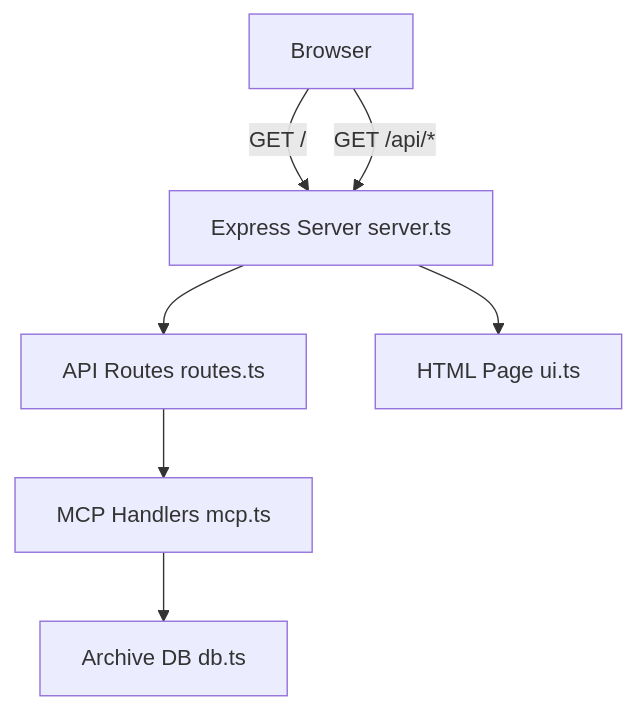
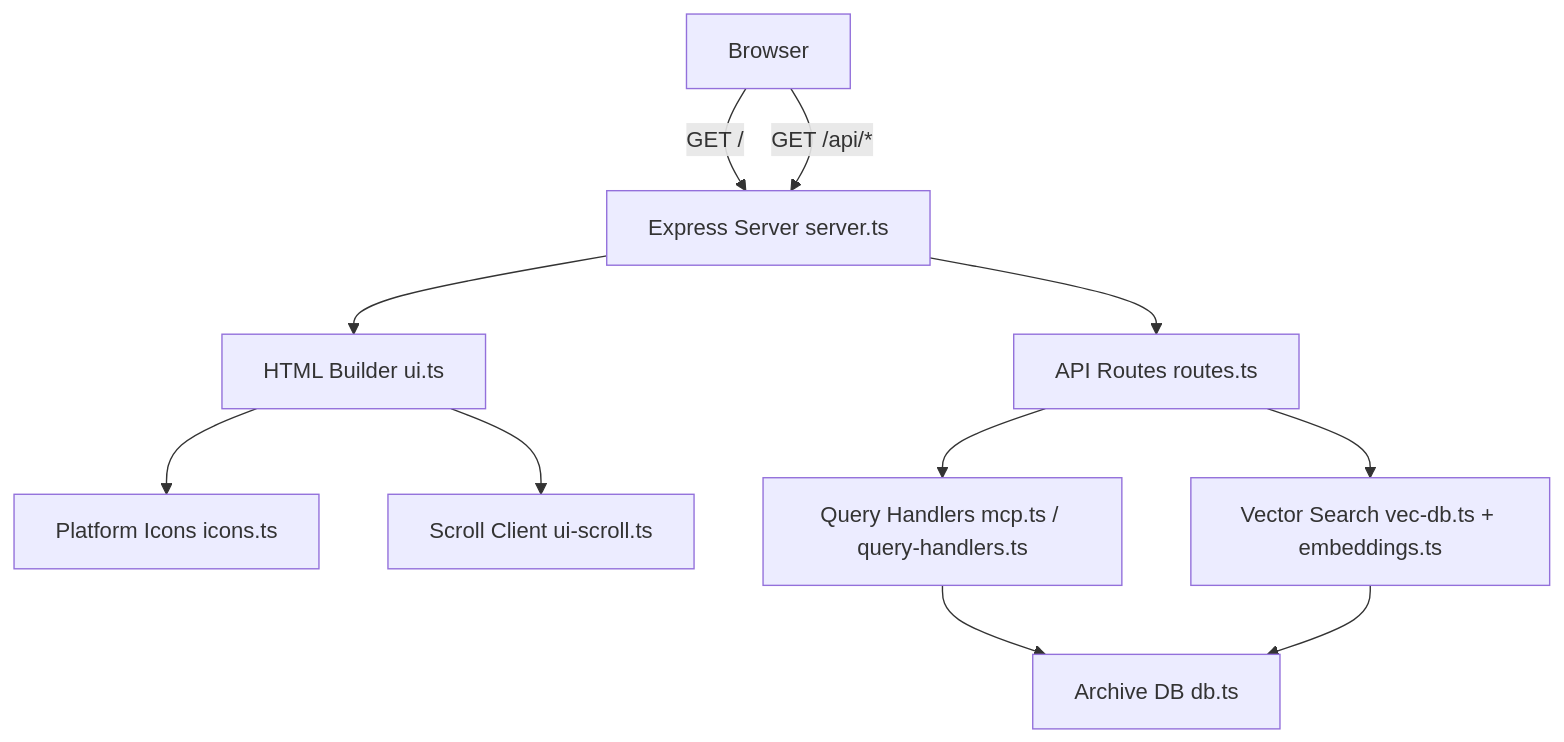
One commit to yanicklandry/khipuchat changed the first of 3 diagrams in .kiro/specs/web-ui/design.md. Above: the diagram before and after it, drawn with Mermaid. The commit also changed other lines of this file and 2 other files, not shown here.

````diff
--- a/.kiro/specs/web-ui/design.md
+++ b/.kiro/specs/web-ui/design.md
@@ -60,16 +68,23 @@
 ```mermaid
 graph TB
     Browser[Browser]
     Server[Express Server server.ts]
     Routes[API Routes routes.ts]
-    UI[HTML Page ui.ts]
-    Handlers[MCP Handlers mcp.ts]
+    UI[HTML Builder ui.ts]
+    Icons[Platform Icons icons.ts]
+    Scroll[Scroll Client ui-scroll.ts]
+    Handlers[Query Handlers mcp.ts / query-handlers.ts]
+    Vec[Vector Search vec-db.ts + embeddings.ts]
     DB[Archive DB db.ts]
 
     Browser -->|GET /| Server
     Browser -->|GET /api/*| Server
     Server --> UI
     Server --> Routes
+    UI --> Icons
+    UI --> Scroll
     Routes --> Handlers
+    Routes --> Vec
     Handlers --> DB
+    Vec --> DB
 ```
````
